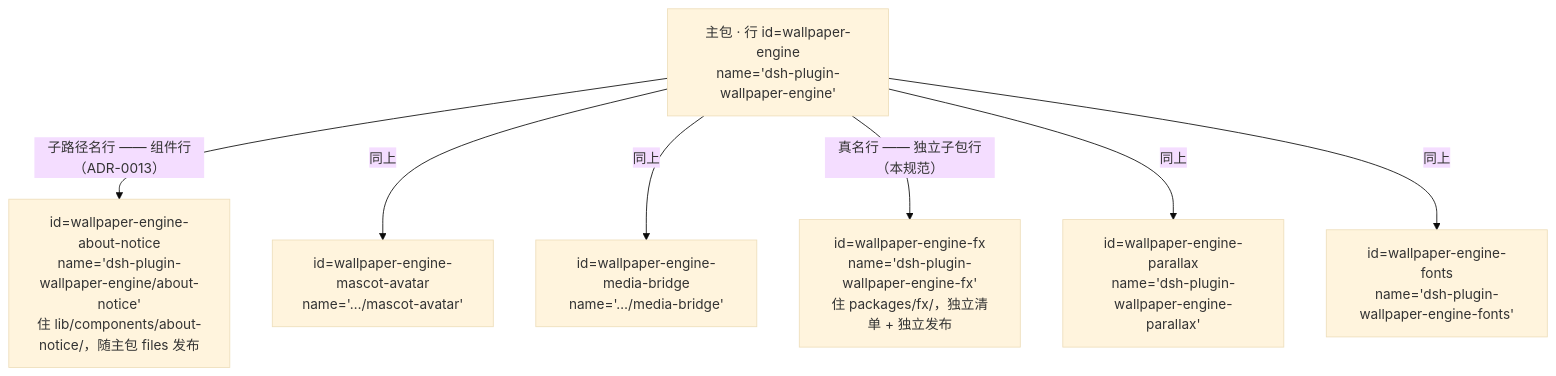
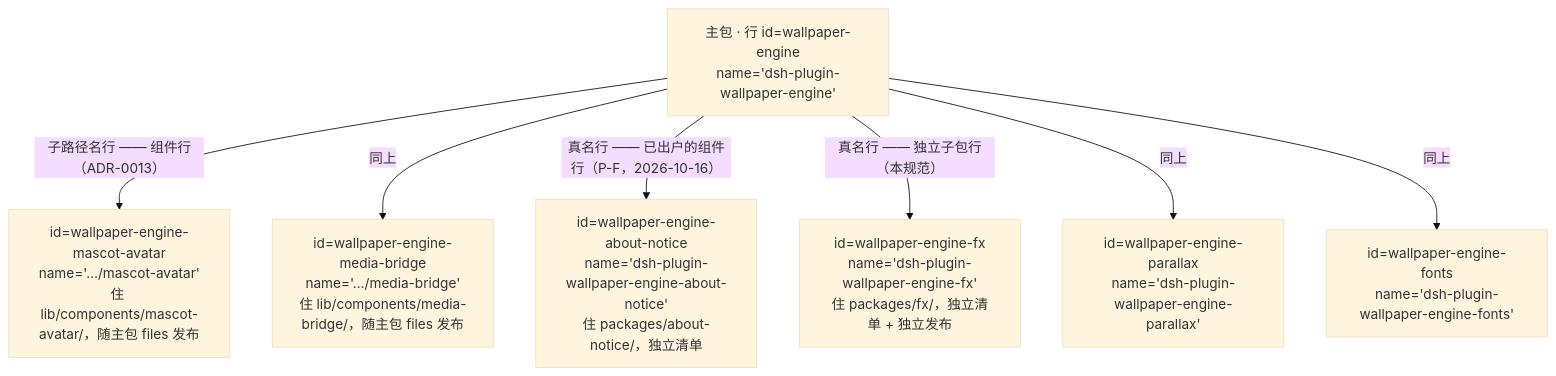
The first of 3 diagrams in docs/SUBPACKAGE-GRAPH.md (AuroraAeon/dsh-wallpaper-engine), drawn with Mermaid (base theme) before and after one commit. The commit also changed other lines of this file and 31 other files, not shown here.

First line of the commit message:
refactor(bundle-split): P-F 组件行统一 —— 步 0 接线 + about-notice 出户

````diff
--- a/docs/SUBPACKAGE-GRAPH.md
+++ b/docs/SUBPACKAGE-GRAPH.md
@@ -27,10 +27,10 @@
 ```mermaid
 graph TD
   MAIN["主包 · 行 id=wallpaper-engine<br/>name='dsh-plugin-wallpaper-engine'"]
-  MAIN -->|"子路径名行 —— 组件行（ADR-0013）"| C1["id=wallpaper-engine-about-notice<br/>name='dsh-plugin-wallpaper-engine/about-notice'<br/>住 lib/components/about-notice/，随主包 files 发布"]
-  MAIN -->|"同上"| C2["id=wallpaper-engine-mascot-avatar<br/>name='…/mascot-avatar'"]
-  MAIN -->|"同上"| C3["id=wallpaper-engine-media-bridge<br/>name='…/media-bridge'"]
+  MAIN -->|"子路径名行 —— 组件行（ADR-0013）"| C2["id=wallpaper-engine-mascot-avatar<br/>name='…/mascot-avatar'<br/>住 lib/components/mascot-avatar/，随主包 files 发布"]
+  MAIN -->|"同上"| C3["id=wallpaper-engine-media-bridge<br/>name='…/media-bridge'<br/>住 lib/components/media-bridge/，随主包 files 发布"]
+  MAIN -->|"真名行 —— 已出户的组件行（P-F，2026-10-16）"| C1["id=wallpaper-engine-about-notice<br/>name='dsh-plugin-wallpaper-engine-about-notice'<br/>住 packages/about-notice/，独立清单"]
   MAIN -->|"真名行 —— 独立子包行（本规范）"| S1["id=wallpaper-engine-fx<br/>name='dsh-plugin-wallpaper-engine-fx'<br/>住 packages/fx/，独立清单 + 独立发布"]
   MAIN -->|"同上"| S2["id=wallpaper-engine-parallax<br/>name='dsh-plugin-wallpaper-engine-parallax'"]
   MAIN -->|"同上"| S3["id=wallpaper-engine-fonts<br/>name='dsh-plugin-wallpaper-engine-fonts'"]
 ```
````
